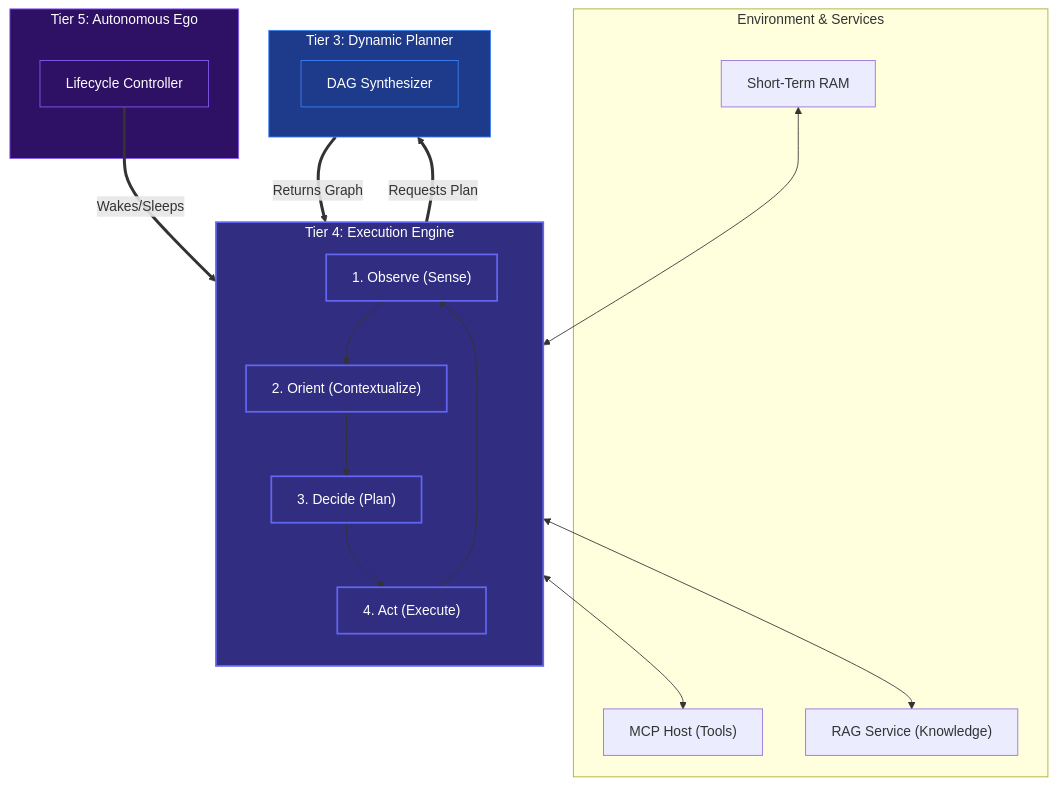
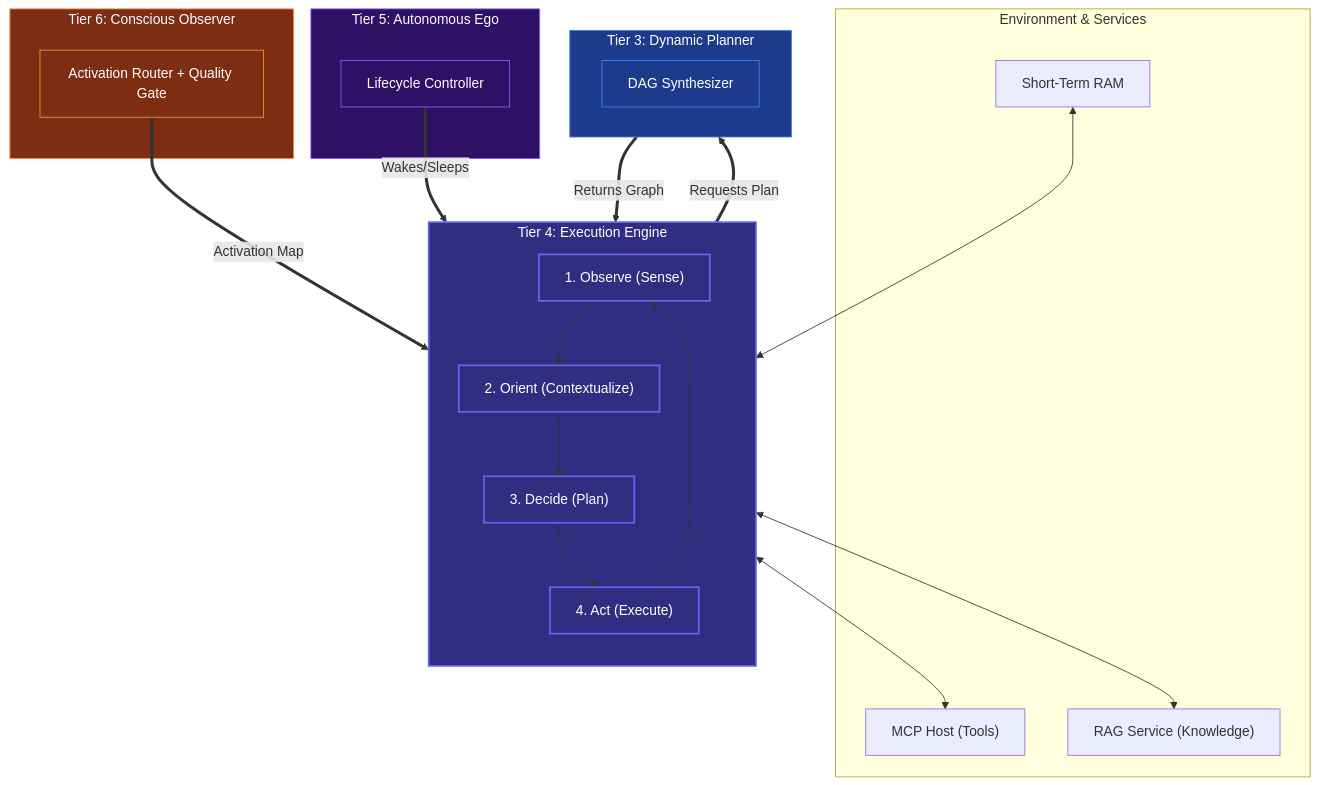
Before and after one commit to azzindani/Kea: the diagram in redesign/tier_4/tier_4_architecture.md, drawn with Mermaid. The commit also changed 16 other files, not shown here.

First line of the commit message:
Add Tier 6 (Conscious Observer) and restructure Human Kernel to 8 tiers

````diff
--- a/redesign/tier_4/tier_4_architecture.md
+++ b/redesign/tier_4/tier_4_architecture.md
@@ -19,48 +19,54 @@
 ```mermaid
 flowchart TD
     %% Tool & Memory Constraints
     subgraph sWorld["Environment & Services"]
         nMCP["MCP Host (Tools)"]
         nRAG["RAG Service (Knowledge)"]
         nLocalMem["Short-Term RAM"]
     end
 
     %% T4 Scope
     subgraph sTier4["Tier 4: Execution Engine"]
         direction TB
         
         nObserve["1. Observe (Sense)"]
         nOrient["2. Orient (Contextualize)"]
         nDecide["3. Decide (Plan)"]
         nAct["4. Act (Execute)"]
         
         nLocalMem <--> nObserve
         nObserve --> nOrient
         nOrient --> nDecide
         nDecide --> nAct
         nAct --> nObserve
     end
 
     %% Dependencies
     subgraph sTier3["Tier 3: Dynamic Planner"]
         nT3["DAG Synthesizer"]
     end
     subgraph sTier5["Tier 5: Autonomous Ego"]
         nT5["Lifecycle Controller"]
     end
-    
+    subgraph sTier6["Tier 6: Conscious Observer"]
+        nT6["Activation Router + Quality Gate"]
+    end
+
+    nT6 == "Activation Map" ==> sTier4
     nT5 == "Wakes/Sleeps" ==> sTier4
     nDecide == "Requests Plan" ==> sTier3
     sTier3 == "Returns Graph" ==> nAct
     nAct <--> nMCP
     nOrient <--> nRAG
     
     classDef t3 fill:#1E3A8A,stroke:#3B82F6,stroke-width:1px,color:#fff
     classDef t4 fill:#312E81,stroke:#6366F1,stroke-width:2px,color:#fff
     classDef t5 fill:#2E1065,stroke:#8B5CF6,stroke-width:1px,color:#fff
-    
+    classDef t6 fill:#7C2D12,stroke:#FB923C,stroke-width:1px,color:#fff
+
     class sWorld,nMCP,nRAG,nLocalMem fill:#525252,stroke:#A3A3A3,stroke-width:1px,color:#fff
     class sTier3,nT3 t3
     class sTier4,nObserve,nOrient,nDecide,nAct t4
     class sTier5,nT5 t5
+    class sTier6,nT6 t6
 ```
````
